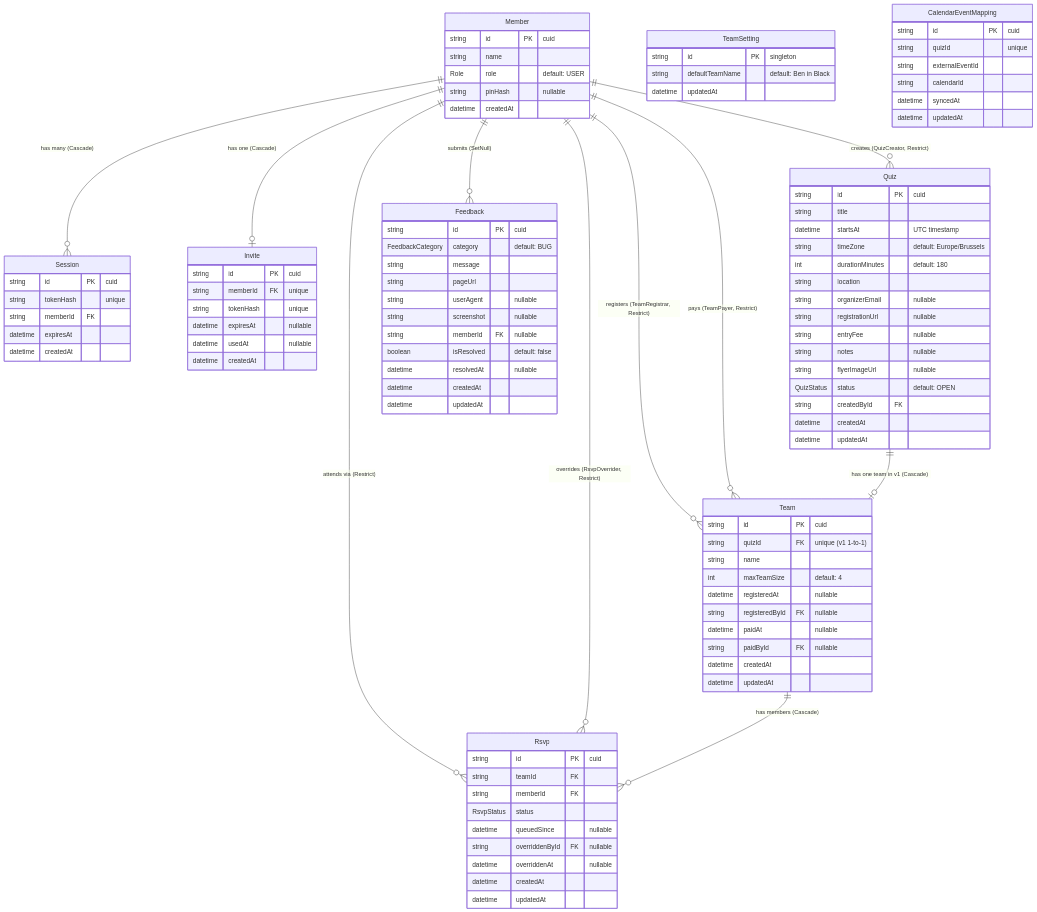
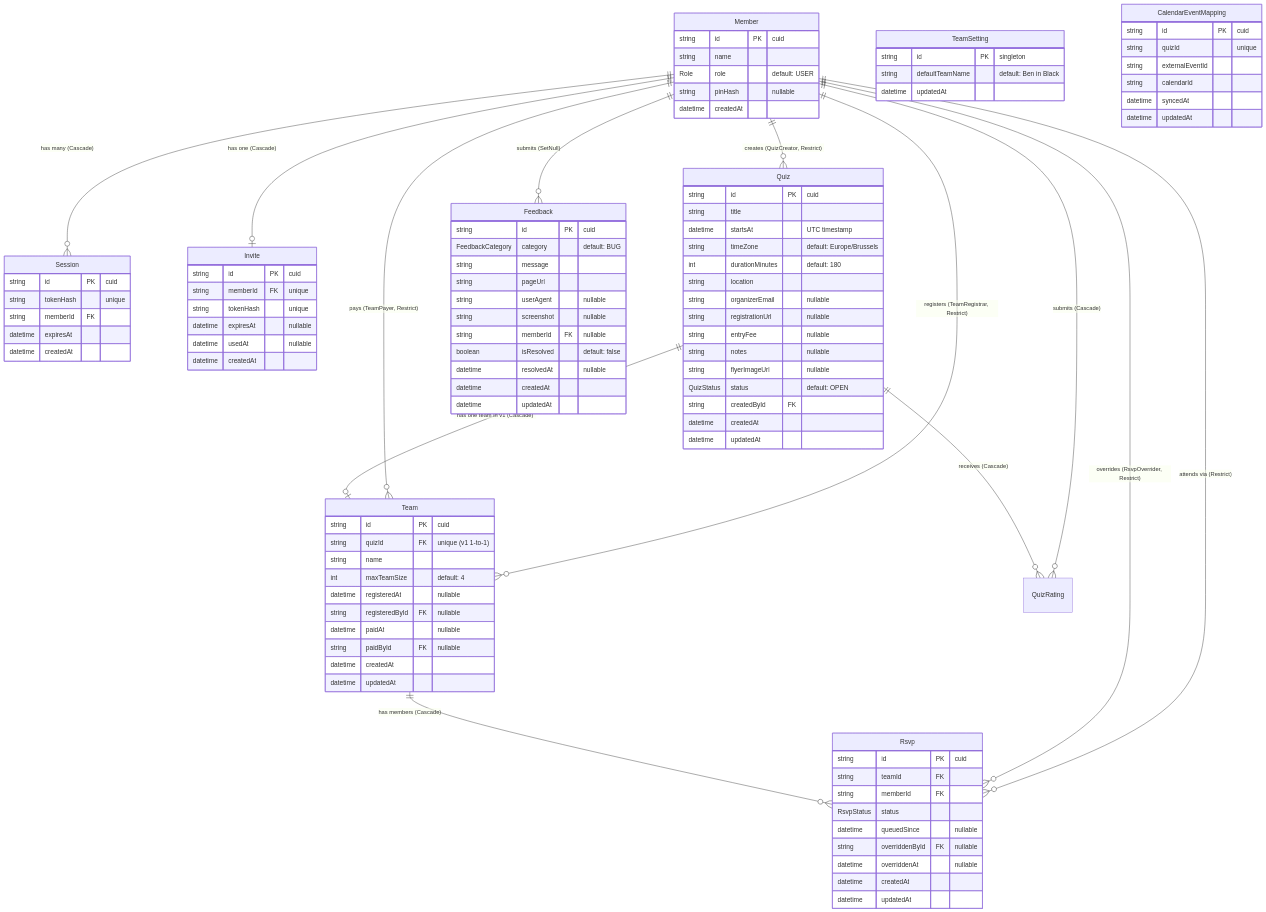
The diagram in docs/database/schema.md (Controlix/be-quiz), drawn with Mermaid before and after one commit. The commit also changed other lines of this file and 24 other files, not shown here.

Commit message:
feat: implement lightweight quiz rating and display (roadmap item 11)

```diff
--- a/docs/database/schema.md
+++ b/docs/database/schema.md
@@ -16,8 +16,10 @@
     Member ||--o{ Rsvp : "attends via (Restrict)"
     Member ||--o{ Rsvp : "overrides (RsvpOverrider, Restrict)"
     Member ||--o{ Feedback : "submits (SetNull)"
+    Member ||--o{ QuizRating : "submits (Cascade)"
 
     Quiz ||--o| Team : "has one team in v1 (Cascade)"
+    Quiz ||--o{ QuizRating : "receives (Cascade)"
 
     Team ||--o{ Rsvp : "has members (Cascade)"
 
```
